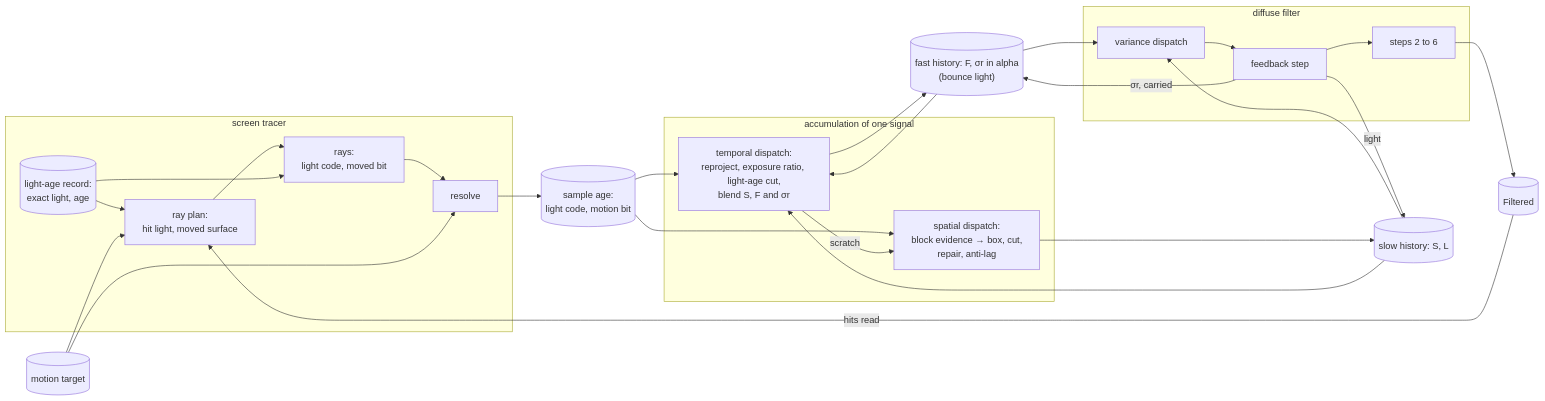
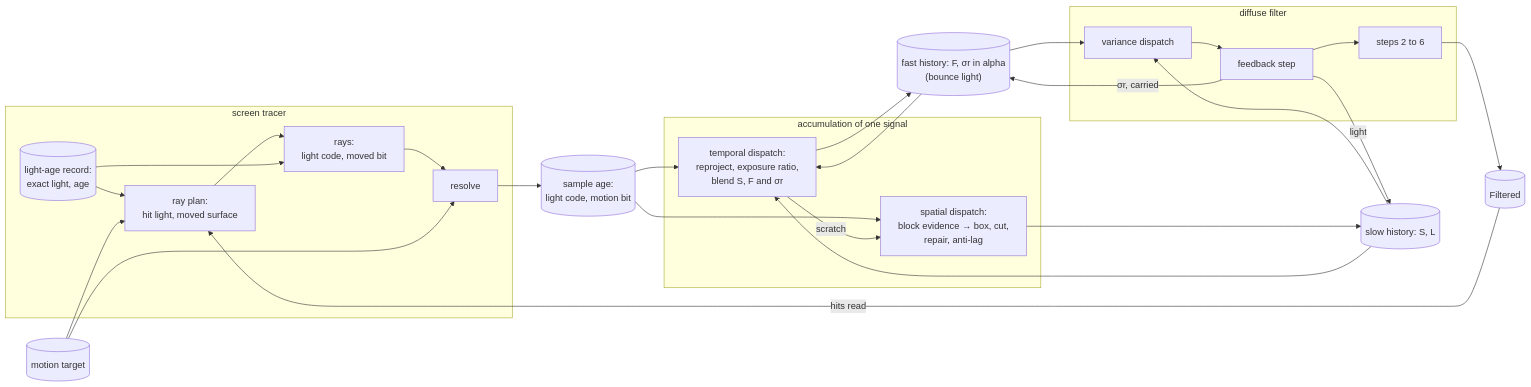
Before and after one commit to alexispurslane/tertius: the diagram in docs/plans/bounce-light-confidence.md, drawn with Mermaid. The commit also changed other lines of this file and 11 other files, not shown here.

First line of the commit message:
Cut no history before the blend: the block's light evidence acts after it

````diff
--- a/docs/plans/bounce-light-confidence.md
+++ b/docs/plans/bounce-light-confidence.md
@@ -83,41 +83,41 @@
 ```mermaid
 flowchart LR
   subgraph Tracer["screen tracer"]
     REC[("light-age record:<br/>exact light, age")]
     PLAN["ray plan:<br/>hit light, moved surface"]
     RAYS["rays:<br/>light code, moved bit"]
     RES["resolve"]
   end
   MOT[("motion target")]
   AGE[("sample age:<br/>light code, motion bit")]
   subgraph Acc["accumulation of one signal"]
-    TD["temporal dispatch:<br/>reproject, exposure ratio, light-age cut,<br/>blend S, F and σr"]
+    TD["temporal dispatch:<br/>reproject, exposure ratio,<br/>blend S, F and σr"]
     SD["spatial dispatch:<br/>block evidence → box, cut,<br/>repair, anti-lag"]
   end
   SLOW[("slow history: S, L")]
   FAST[("fast history: F, σr in alpha<br/>(bounce light)")]
   subgraph Filter["diffuse filter"]
     VD["variance dispatch"]
     W1["feedback step"]
     WN["steps 2 to 6"]
   end
   FILT[("Filtered")]
   REC --> PLAN
   MOT --> PLAN
   PLAN --> RAYS --> RES
   REC --> RAYS
   MOT --> RES
   RES --> AGE
   AGE --> TD
   AGE --> SD
   SLOW --> TD
   FAST --> TD
   TD --> FAST
   TD -- scratch --> SD --> SLOW
   SLOW --> VD
   FAST --> VD --> W1
   W1 -- light --> SLOW
   W1 -- "σr, carried" --> FAST
   W1 --> WN --> FILT
   FILT -- "hits read" --> PLAN
 ```
````
